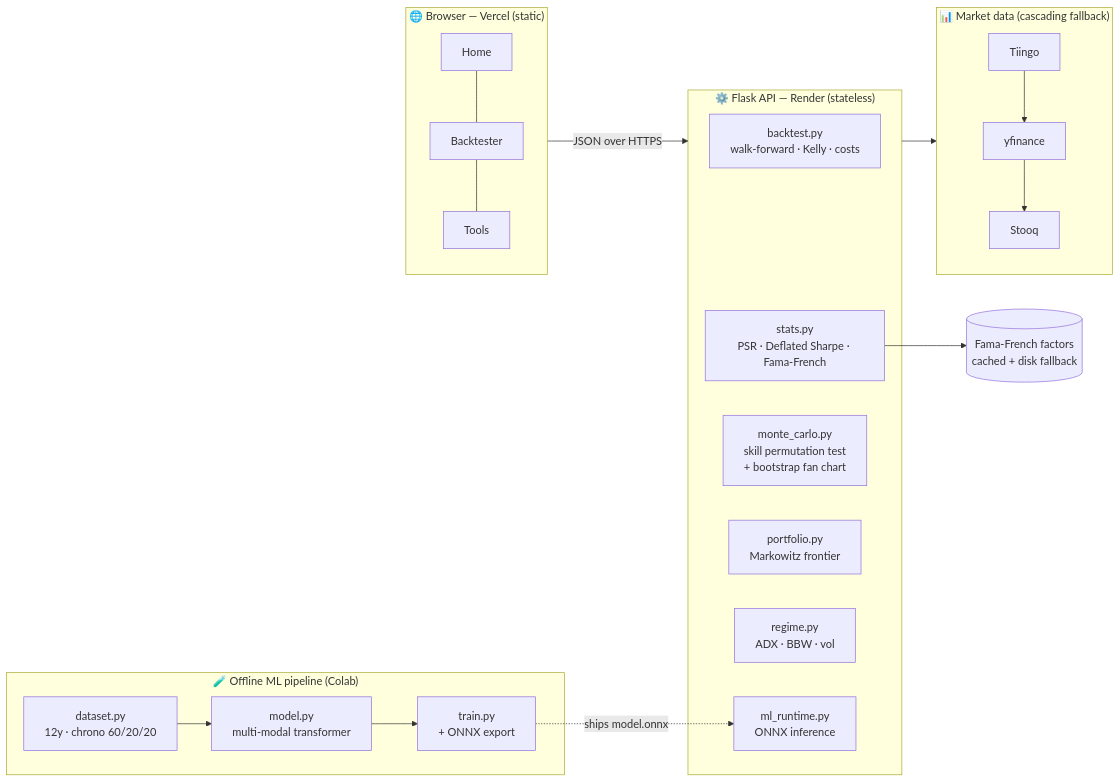
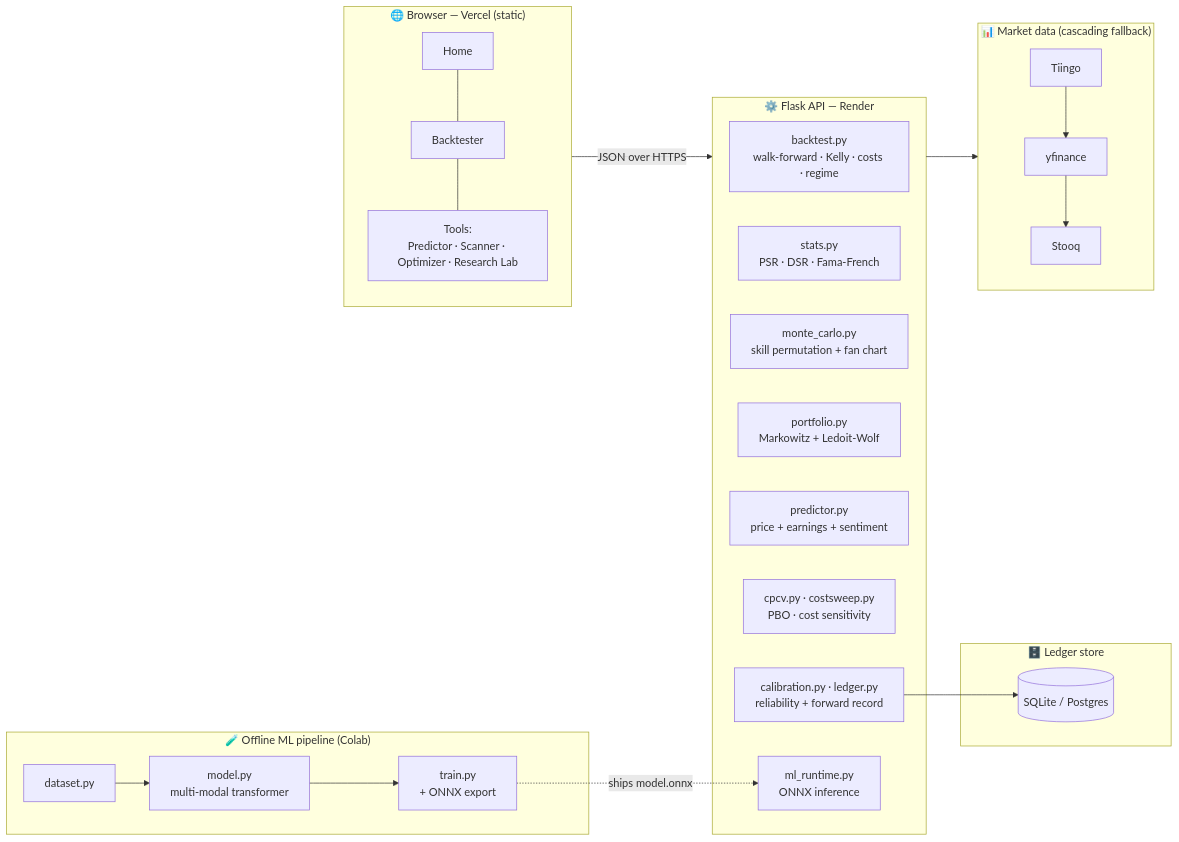
The diagram in README.md (Danny-397/Alphaglyph), drawn with Mermaid before and after one commit. The commit also changed other lines of this file, not shown here.

````diff
--- a/README.md
+++ b/README.md
@@ -218,28 +253,34 @@
 ```mermaid
 flowchart LR
     subgraph Client["🌐 Browser — Vercel (static)"]
-        H[Home] --- B[Backtester] --- T[Tools]
+        H[Home] --- B[Backtester] --- T[Tools:<br/>Predictor · Scanner · Optimizer · Research Lab]
     end
 
-    subgraph API["⚙️ Flask API — Render (stateless)"]
-        BT[backtest.py<br/>walk-forward · Kelly · costs]
-        ST[stats.py<br/>PSR · Deflated Sharpe · Fama-French]
-        MC[monte_carlo.py<br/>skill permutation test<br/>+ bootstrap fan chart]
-        PF[portfolio.py<br/>Markowitz frontier]
-        RG[regime.py<br/>ADX · BBW · vol]
+    subgraph API["⚙️ Flask API — Render"]
+        BT[backtest.py<br/>walk-forward · Kelly · costs · regime]
+        ST[stats.py<br/>PSR · DSR · Fama-French]
+        MC[monte_carlo.py<br/>skill permutation + fan chart]
+        PF[portfolio.py<br/>Markowitz + Ledoit-Wolf]
+        PR[predictor.py<br/>price + earnings + sentiment]
+        RS[cpcv.py · costsweep.py<br/>PBO · cost sensitivity]
+        CAL[calibration.py · ledger.py<br/>reliability + forward record]
         ML[ml_runtime.py<br/>ONNX inference]
+    end
+
+    subgraph Store["🗄️ Ledger store"]
+        DB[(SQLite / Postgres)]
     end
 
     subgraph Data["📊 Market data (cascading fallback)"]
         TI[Tiingo] --> YF[yfinance] --> SQ[Stooq]
     end
 
     subgraph Offline["🧪 Offline ML pipeline (Colab)"]
-        DS[dataset.py<br/>12y · chrono 60/20/20] --> MD[model.py<br/>multi-modal transformer] --> TR[train.py<br/>+ ONNX export]
+        DS[dataset.py] --> MD[model.py<br/>multi-modal transformer] --> TR[train.py<br/>+ ONNX export]
     end
 
     Client -->|JSON over HTTPS| API
     API --> Data
+    CAL --> DB
     TR -.->|ships model.onnx| ML
-    ST --> FF[(Fama-French factors<br/>cached + disk fallback)]
 ```
````
